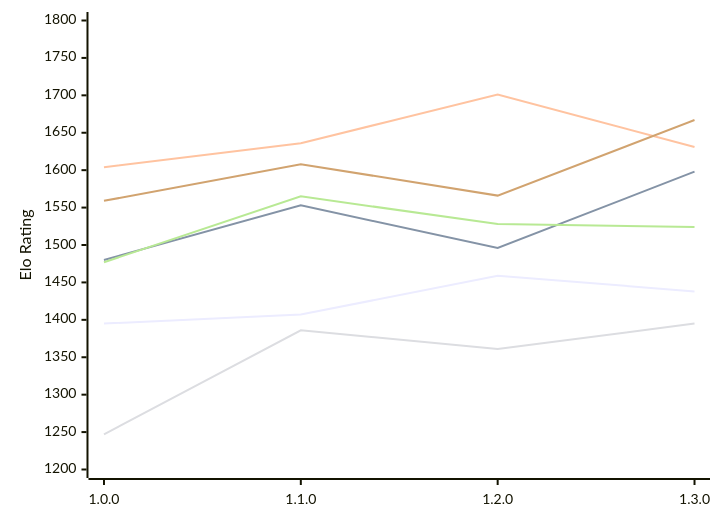
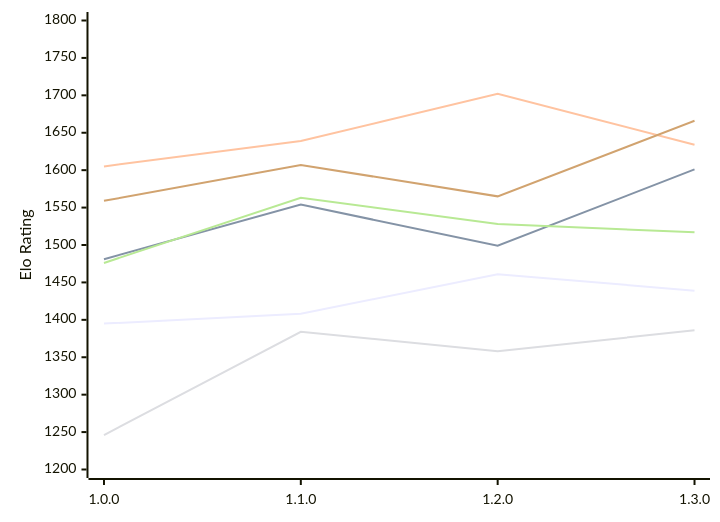
The diagram in engines/Klak.md (computer-chess-index/cci), drawn with Mermaid before and after one commit. The commit also changed other lines of this file, not shown here.

Commit message:
Update CCI Ratings (ELO VLTC) - 2026-11-22

````diff
--- a/engines/Klak.md
+++ b/engines/Klak.md
@@ -53,12 +53,12 @@
 ```mermaid
 %%{init: {"theme":"base","themeVariables":{"seriesColors:['#a3a3a3','#222221','#faa371']}}}%%
 xychart-beta
   x-axis ["1.0.0", "1.1.0", "1.2.0", "1.3.0"]
   y-axis "Elo Rating" 1200 --> 1800
-  line "E1: STC (8.0+0.08s)" [1395, 1407, 1459, 1438]
-  line "E1: LTC (60.0+0.60s)" [1480, 1553, 1496, 1598]
-  line "E1: VLTC (2m24s+1.12s)" [1604, 1636, 1701, 1631]
-  line "P1: STC (8.0+0.08s)" [1247, 1386, 1361, 1395]
-  line "P1: LTC (60.0+0.60s)" [1477, 1565, 1528, 1524]
-  line "P1: VLTC (2m24s+1.12s)" [1559, 1608, 1566, 1667]
+  line "E1: STC (8.0+0.08s)" [1395, 1408, 1461, 1439]
+  line "E1: LTC (60.0+0.60s)" [1481, 1554, 1499, 1601]
+  line "E1: VLTC (2m24s+1.12s)" [1605, 1639, 1702, 1634]
+  line "P1: STC (8.0+0.08s)" [1246, 1384, 1358, 1386]
+  line "P1: LTC (60.0+0.60s)" [1476, 1563, 1528, 1517]
+  line "P1: VLTC (2m24s+1.12s)" [1559, 1607, 1565, 1666]
 ```
````
